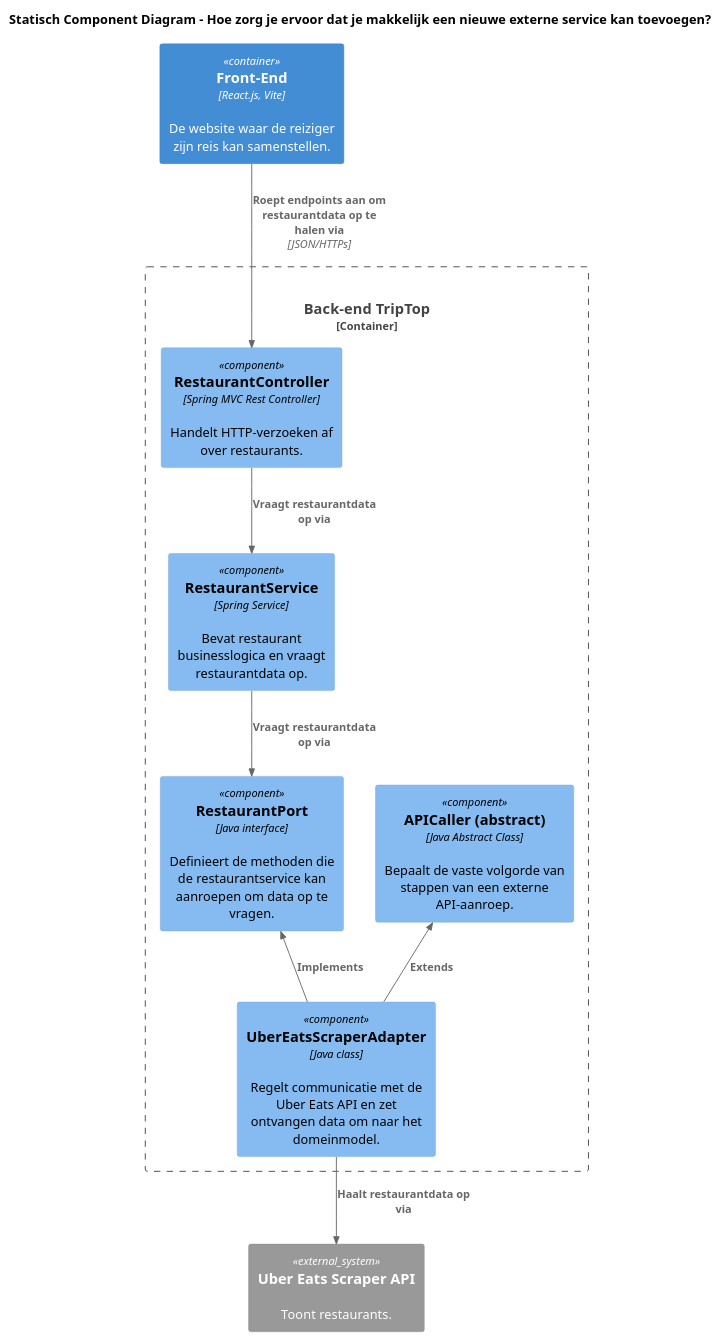
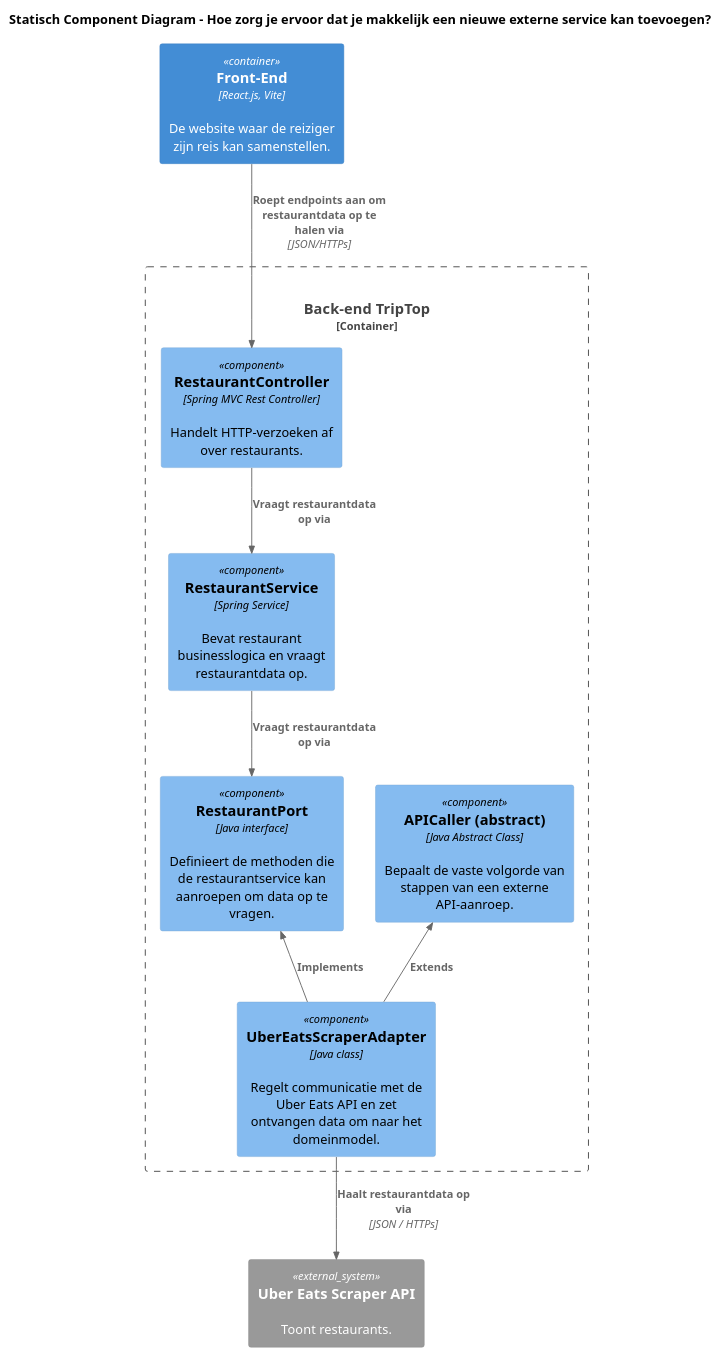
Before and after one commit to AIM-ENE-feb25/triptop-beca: the diagram in voorbereiding-les3-week2/staticComponentDiagram.puml, drawn with PlantUML.

Commit message:
statisch componentdiagram aangepast

```diff
--- a/voorbereiding-les3-week2/staticComponentDiagram.puml
+++ b/voorbereiding-les3-week2/staticComponentDiagram.puml
@@ -1,27 +1,27 @@
 @startuml
 
 !include <C4/C4_Container>
 !include <C4/C4_Component>
 !include https://raw.githubusercontent.com/plantuml-stdlib/C4-PlantUML/master/C4_Component.puml
 
 title Statisch Component Diagram - Hoe zorg je ervoor dat je makkelijk een nieuwe externe service kan toevoegen?
 
 Container(frontend, "Front-End", "React.js, Vite", "De website waar de reiziger zijn reis kan samenstellen.")
 System_Ext(uberEatsAPI, "Uber Eats Scraper API", "Toont restaurants.")
 
 Container_Boundary(ttBackend, "Back-end TripTop") {
     Component(restaurantController, "RestaurantController", "Spring MVC Rest Controller", "Handelt HTTP-verzoeken af over restaurants.")
     Component(restaurantService, "RestaurantService", "Spring Service", "Bevat restaurant businesslogica en vraagt restaurantdata op.")
-    Component("APICaller", "APICaller (abstract)", "Java Abstract Class", "Bepaalt de vaste volgorde van stappen van een externe API-aanroep.")
-    Component("restaurantPort", "RestaurantPort", "Java interface", "Definieert de methoden die de restaurantservice kan aanroepen om data op te vragen.")
+    Component(APICaller, "APICaller (abstract)", "Java Abstract Class", "Bepaalt de vaste volgorde van stappen van een externe API-aanroep.")
+    Component(restaurantPort, "RestaurantPort", "Java interface", "Definieert de methoden die de restaurantservice kan aanroepen om data op te vragen.")
     Component(uberEatsAdapter, "UberEatsScraperAdapter", "Java class", "Regelt communicatie met de Uber Eats API en zet ontvangen data om naar het domeinmodel.")
 }
 
 Rel("frontend", "restaurantController", "Roept endpoints aan om restaurantdata op te halen via", "JSON/HTTPs")
 Rel("restaurantController", "restaurantService", "Vraagt restaurantdata op via")
 Rel("restaurantService", "restaurantPort", "Vraagt restaurantdata op via")
 Rel_U("uberEatsAdapter", "APICaller", "Extends")
 Rel_U("uberEatsAdapter", "restaurantPort", "Implements")
-Rel("uberEatsAdapter", "uberEatsAPI", "Haalt restaurantdata op via")
+Rel("uberEatsAdapter", "uberEatsAPI", "Haalt restaurantdata op via", "JSON / HTTPs")
 
 @enduml
```
